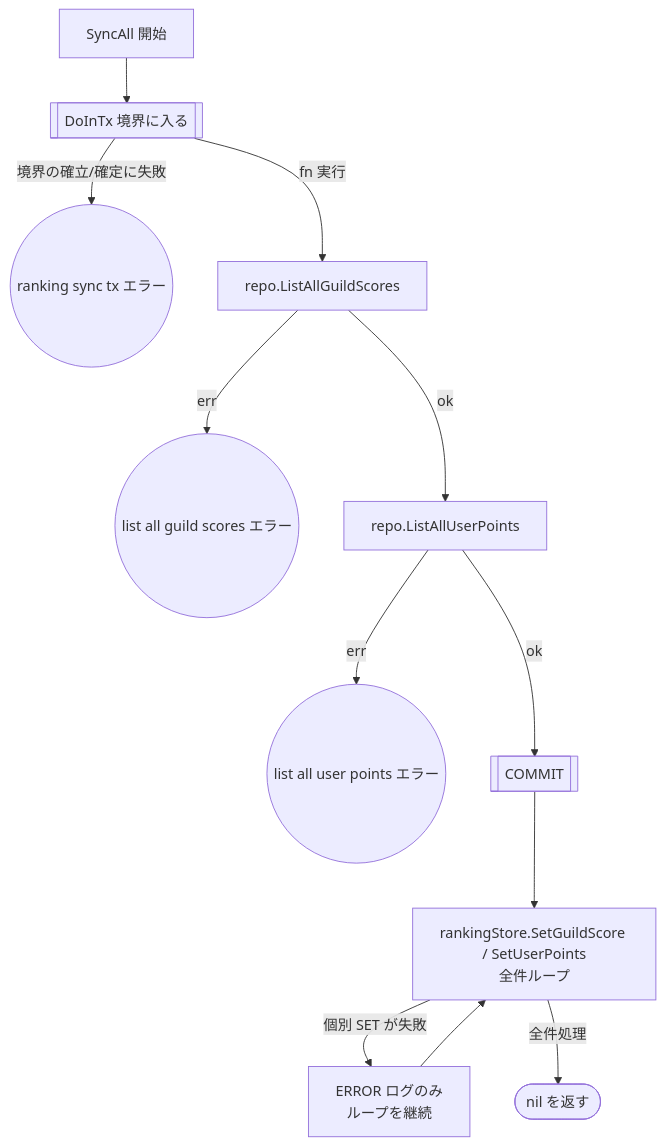
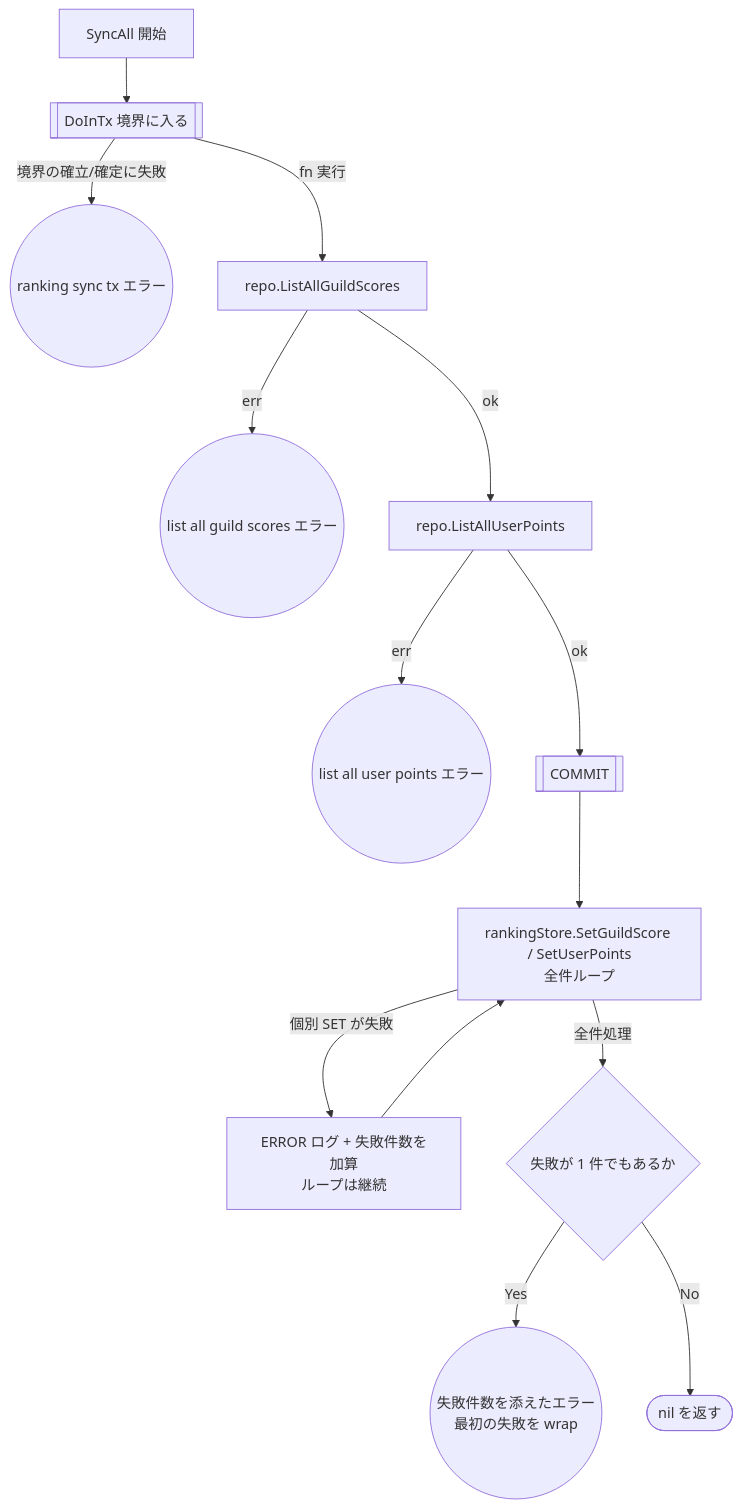
The diagram in docs/testing/ranking-sync-batch.md (uchidas-rogue/game-api-sample), drawn with Mermaid before and after one commit. The commit also changed other lines of this file and 16 other files, not shown here.

````diff
--- a/docs/testing/ranking-sync-batch.md
+++ b/docs/testing/ranking-sync-batch.md
@@ -16,16 +16,18 @@
 ```mermaid
 flowchart TD
     A[SyncAll 開始] --> B[[DoInTx 境界に入る]]
     B -- 境界の確立/確定に失敗 --> E1((ranking sync tx エラー))
     B -- fn 実行 --> C[repo.ListAllGuildScores]
 
     C -- err --> E2((list all guild scores エラー))
     C -- ok --> D[repo.ListAllUserPoints]
     D -- err --> E3((list all user points エラー))
     D -- ok --> E[[COMMIT]]
 
     E --> F[rankingStore.SetGuildScore / SetUserPoints<br/>全件ループ]
-    F -- 個別 SET が失敗 --> G[ERROR ログのみ<br/>ループを継続]
+    F -- 個別 SET が失敗 --> G[ERROR ログ + 失敗件数を加算<br/>ループは継続]
     G --> F
-    F -- 全件処理 --> Z([nil を返す])
+    F -- 全件処理 --> H{失敗が 1 件でもあるか}
+    H -- Yes --> E4((失敗件数を添えたエラー<br/>最初の失敗を wrap))
+    H -- No --> Z([nil を返す])
 ```
````
